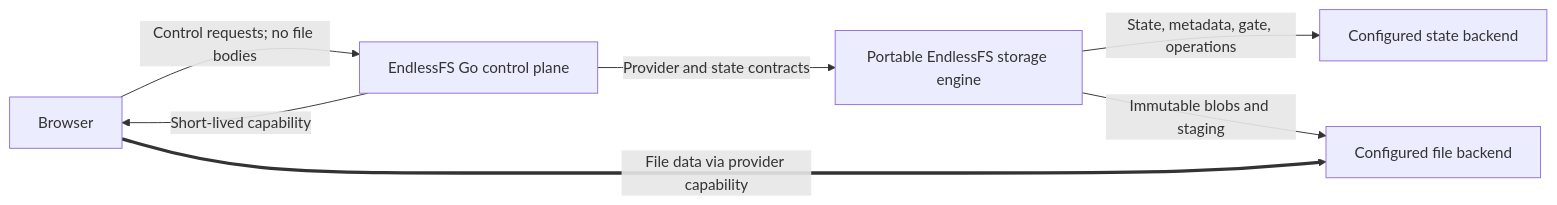
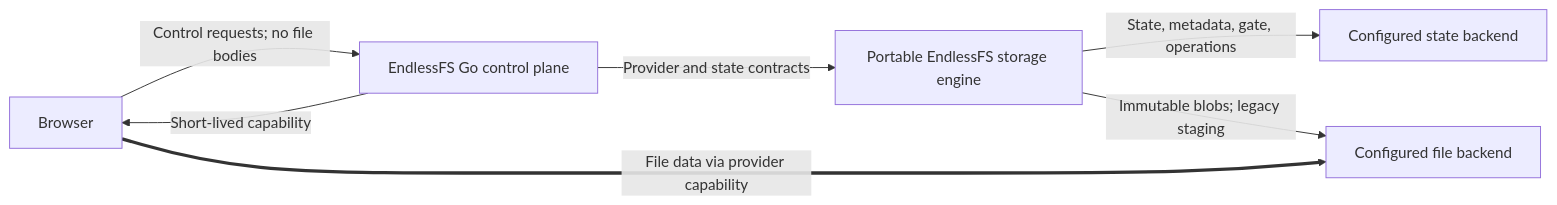
One commit to applyinnovations/EndlessFS changed the first of 3 diagrams in docs/v1-specification.md. Above: the diagram before and after it, drawn with Mermaid. The commit also changed other lines of this file and 44 other files, not shown here.

````diff
--- a/docs/v1-specification.md
+++ b/docs/v1-specification.md
@@ -227,9 +227,9 @@
 ```mermaid
 flowchart LR
     B["Browser"] -->|"Control requests; no file bodies"| E["EndlessFS Go control plane"]
     E -->|"Provider and state contracts"| F["Portable EndlessFS storage engine"]
     F -->|"State, metadata, gate, operations"| S["Configured state backend"]
-    F -->|"Immutable blobs and staging"| O["Configured file backend"]
+    F -->|"Immutable blobs; legacy staging"| O["Configured file backend"]
     E -->|"Short-lived capability"| B
     B ==>|"File data via provider capability"| O
 ```
````
